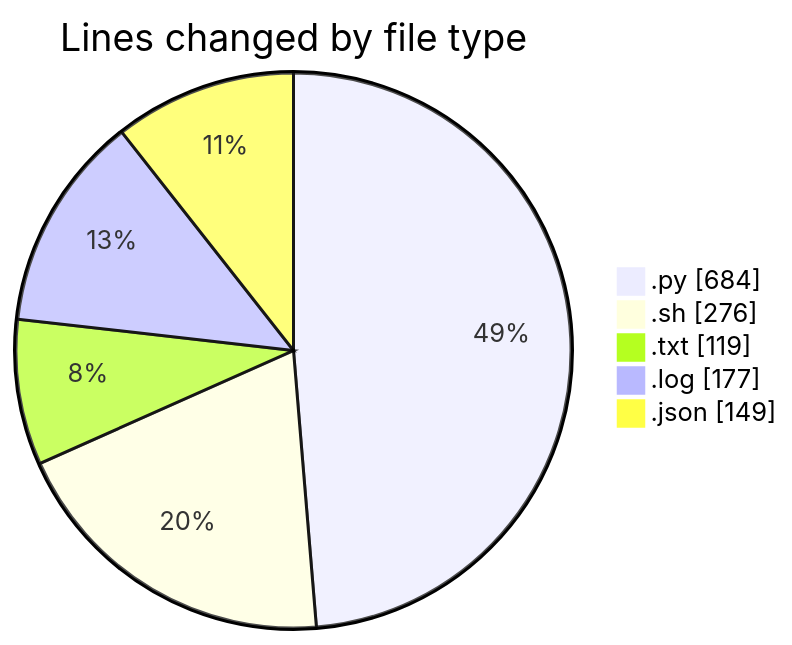
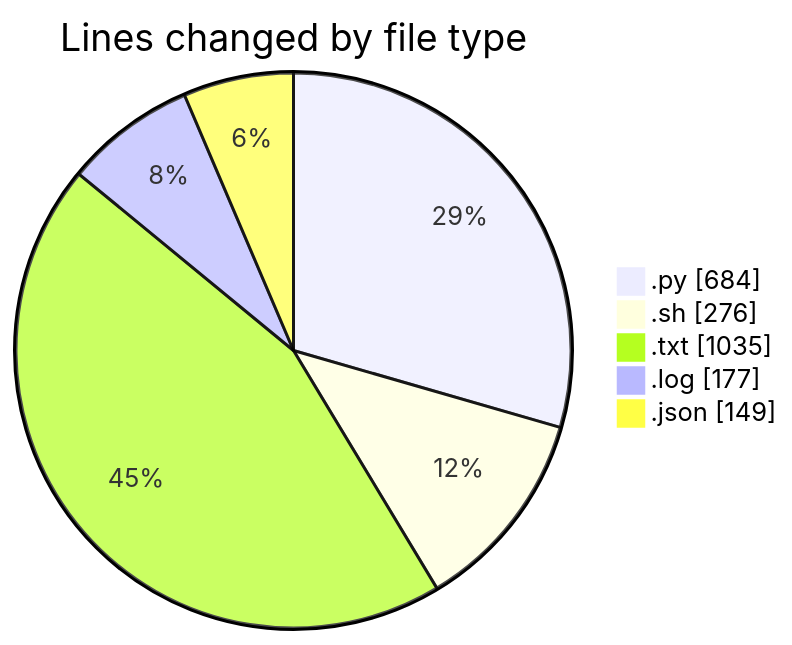
The first of 2 diagrams in 2026-04-11/scripting_workshop/README.md (Unknowalive/code-tracking), drawn with Mermaid before and after one commit. The commit also changed other lines of this file and 1 other file, not shown here.

````diff
--- a/2026-04-11/scripting_workshop/README.md
+++ b/2026-04-11/scripting_workshop/README.md
@@ -26,9 +28,9 @@
 ```mermaid
 pie showData
 title Lines changed by file type
 ".py" : 684
 ".sh" : 276
-".txt" : 119
+".txt" : 1035
 ".log" : 177
 ".json" : 149
 ```
````
